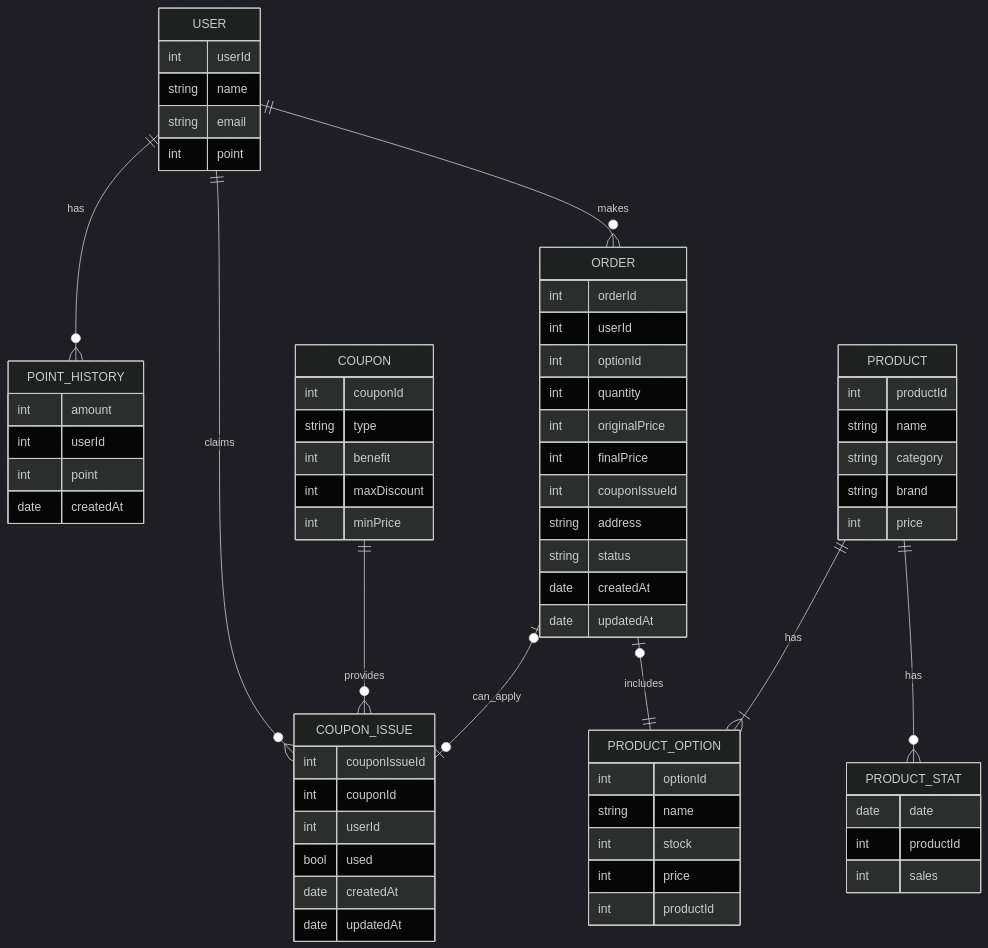
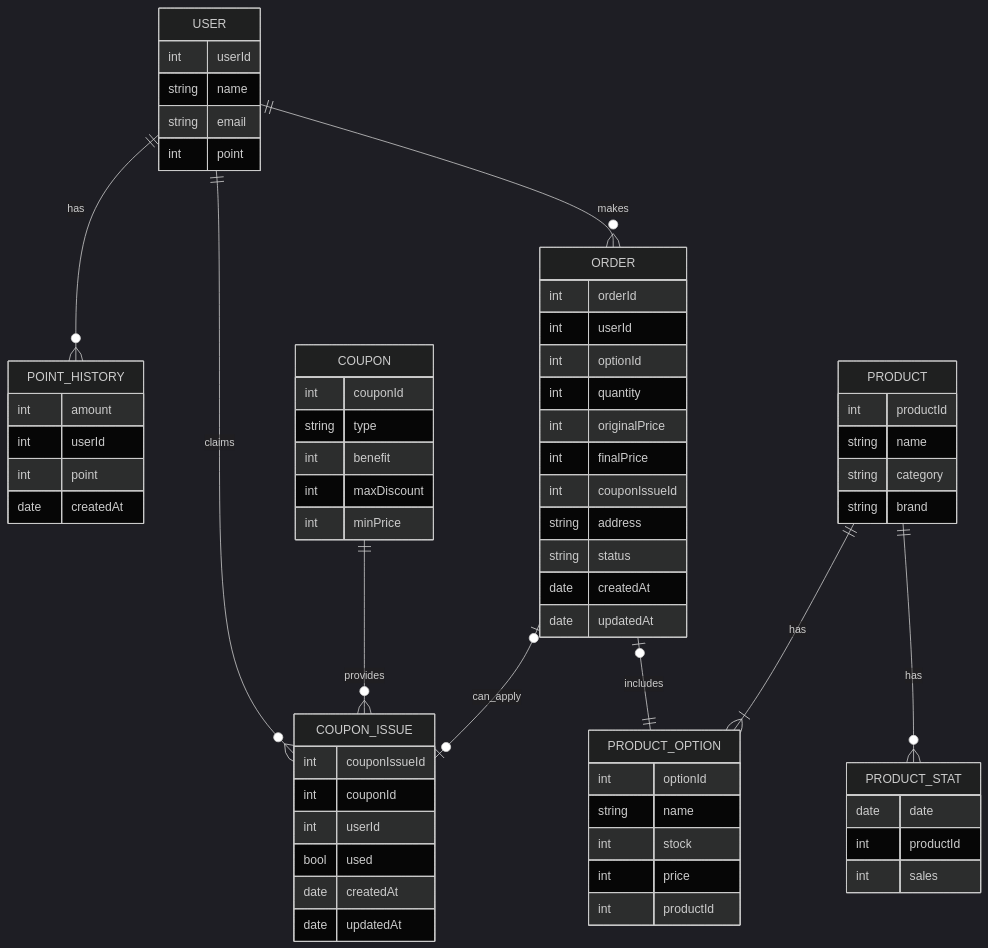
The diagram in docs/erd/erdiagram.md (MinjungKim5/hhplus-tdd-nest), drawn with Mermaid (dark theme) before and after one commit. The commit also changed 20 other files, not shown here.

````diff
--- a/docs/erd/erdiagram.md
+++ b/docs/erd/erdiagram.md
@@ -1,79 +1,78 @@
 ```mermaid
 erDiagram
 
 USER ||--o{ POINT_HISTORY: has
 USER ||--o{ COUPON_ISSUE: claims
 USER ||--o{ ORDER: makes
 PRODUCT ||--o{ PRODUCT_STAT: has
 ORDER |o--||PRODUCT_OPTION: includes
 PRODUCT ||--|{ PRODUCT_OPTION: has
 COUPON ||--o{ COUPON_ISSUE: provides
 ORDER |o--o| COUPON_ISSUE: can_apply
 
 USER {
     int userId
     string name
     string email
     int point
 }
 
 POINT_HISTORY {
     int amount
     int userId
     int point
     date createdAt
 }
 
 PRODUCT {
     int productId
     string name
     string category
     string brand
-    int price
 }
 
 PRODUCT_STAT {
     date date
     int productId
     int sales
 }
 
 PRODUCT_OPTION {
     int optionId
     string name
     int stock
     int price
     int productId
 }
 
 COUPON {
     int couponId
     string type
     int benefit
     int maxDiscount
     int minPrice
 }
 
 COUPON_ISSUE {
     int couponIssueId
     int couponId
     int userId
     bool used
     date createdAt
     date updatedAt
 }
 
 ORDER {
     int orderId
     int userId
     int optionId
     int quantity
     int originalPrice
     int finalPrice
     int couponIssueId
     string address
     string status
     date createdAt
     date updatedAt
 }
 ```
````
